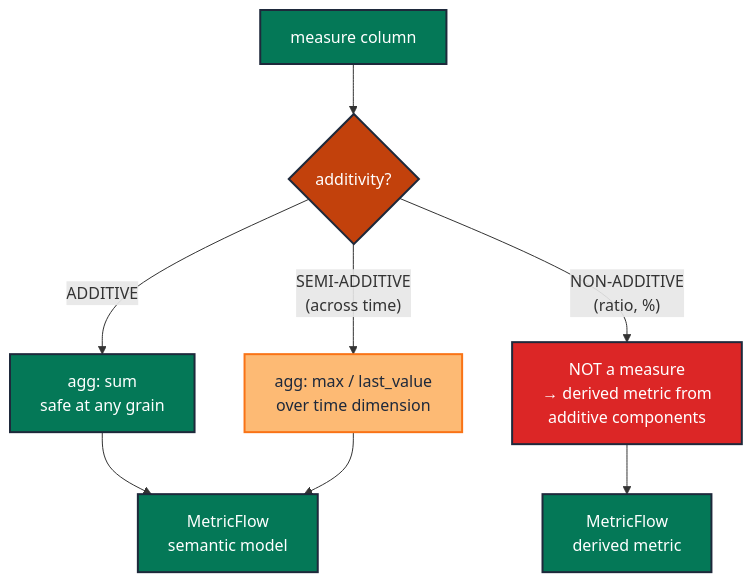
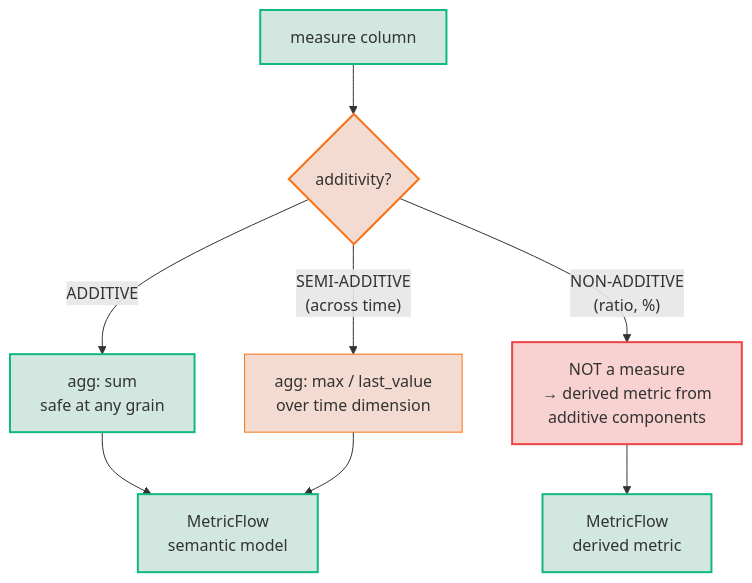
The diagram in docs/guides/testing_taxonomy/measure/MS-02-additivity-tag.md (neozenith/dbt-gcp-jaffleshop), drawn with Mermaid before and after one commit. The commit also changed 36 other files, not shown here.

First line of the commit message:
docs(taxonomy): rework guide entry-point + WCAG-AAA dual-theme mermaid palette (#19)

````diff
--- a/docs/guides/testing_taxonomy/measure/MS-02-additivity-tag.md
+++ b/docs/guides/testing_taxonomy/measure/MS-02-additivity-tag.md
@@ -126,18 +126,18 @@
 ```mermaid
 flowchart TD
     measure["measure column"]:::measurePrimary --> classify{"additivity?"}:::gate
 
     classify -- "ADDITIVE" --> add["agg: sum<br/>safe at any grain"]:::ok
     classify -- "SEMI-ADDITIVE<br/>(across time)" --> semi["agg: max / last_value<br/>over time dimension"]:::semiok
     classify -- "NON-ADDITIVE<br/>(ratio, %)" --> non["NOT a measure<br/>→ derived metric from<br/>additive components"]:::fail
 
     add --> sl["MetricFlow<br/>semantic model"]:::measurePrimary
     semi --> sl
     non --> mm["MetricFlow<br/>derived metric"]:::measurePrimary
 
-    classDef measurePrimary fill:#047857,stroke:#1e293b,color:#fff,stroke-width:2px
-    classDef gate           fill:#c2410c,stroke:#1e293b,color:#fff,stroke-width:2px
-    classDef ok             fill:#047857,stroke:#1e293b,color:#fff,stroke-width:2px
-    classDef semiok         fill:#fdba74,stroke:#f97316,color:#1e293b,stroke-width:2px
-    classDef fail           fill:#dc2626,stroke:#1e293b,color:#fff,stroke-width:2px
+    classDef measurePrimary fill:#0478572e,stroke:#10b981,stroke-width:2px
+    classDef gate fill:#c2410c30,stroke:#f97316,stroke-width:2px
+    classDef ok fill:#0478572e,stroke:#10b981,stroke-width:2px
+    classDef semiok fill:#c2410c30,stroke:#f97316,stroke-width:1px
+    classDef fail fill:#dc262636,stroke:#ef4444,stroke-width:2px
 ```
````
